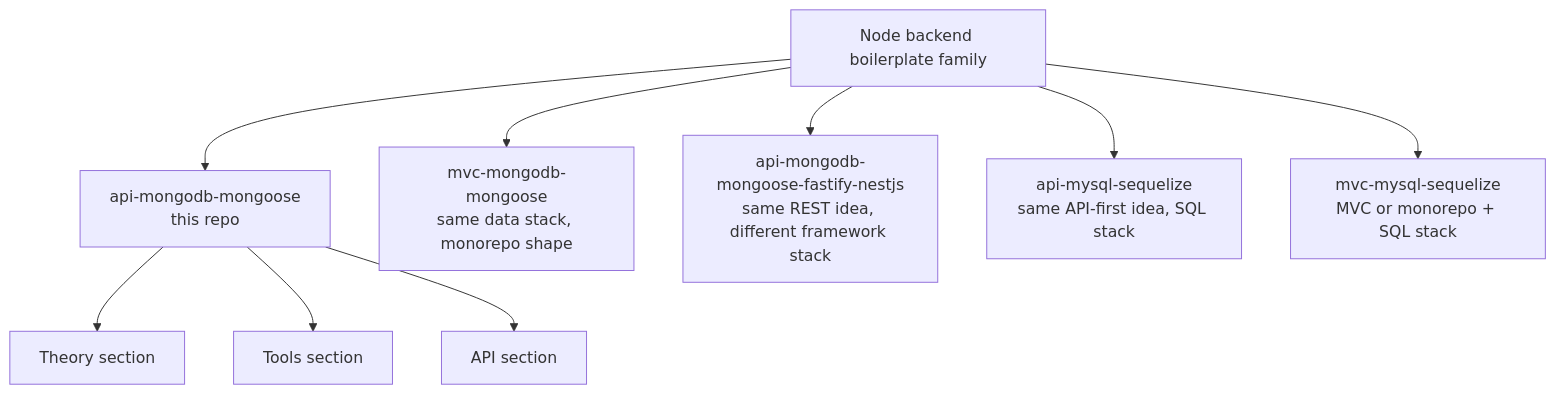
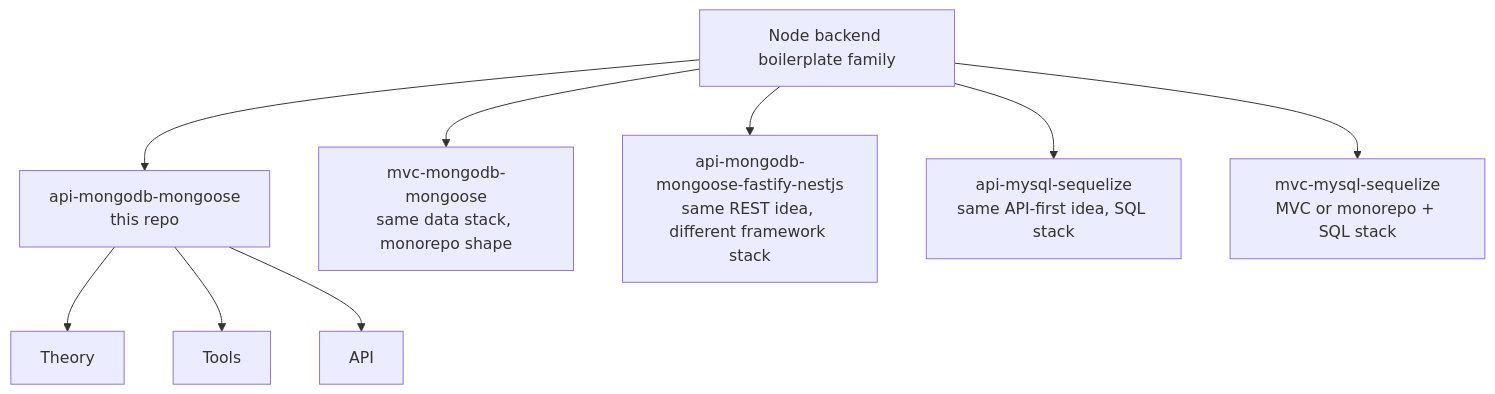
Before and after one commit to Guebbit/boilerplate-node-backend: the first of 2 diagrams in docs/index.md, drawn with Mermaid. The commit also changed other lines of this file and 19 other files, not shown here.

````diff
--- a/docs/index.md
+++ b/docs/index.md
@@ -37,12 +37,12 @@
 ```mermaid
 flowchart TD
     A[Node backend boilerplate family] --> B[api-mongodb-mongoose\nthis repo]
     A --> C[mvc-mongodb-mongoose\nsame data stack, monorepo shape]
     A --> D[api-mongodb-mongoose-fastify-nestjs\nsame REST idea, different framework stack]
     A --> E[api-mysql-sequelize\nsame API-first idea, SQL stack]
     A --> F[mvc-mysql-sequelize\nMVC or monorepo + SQL stack]
 
-    B --> T[Theory section]
-    B --> U[Tools section]
-    B --> V[API section]
+    B --> T[Theory]
+    B --> U[Tools]
+    B --> V[API]
 ```
````
